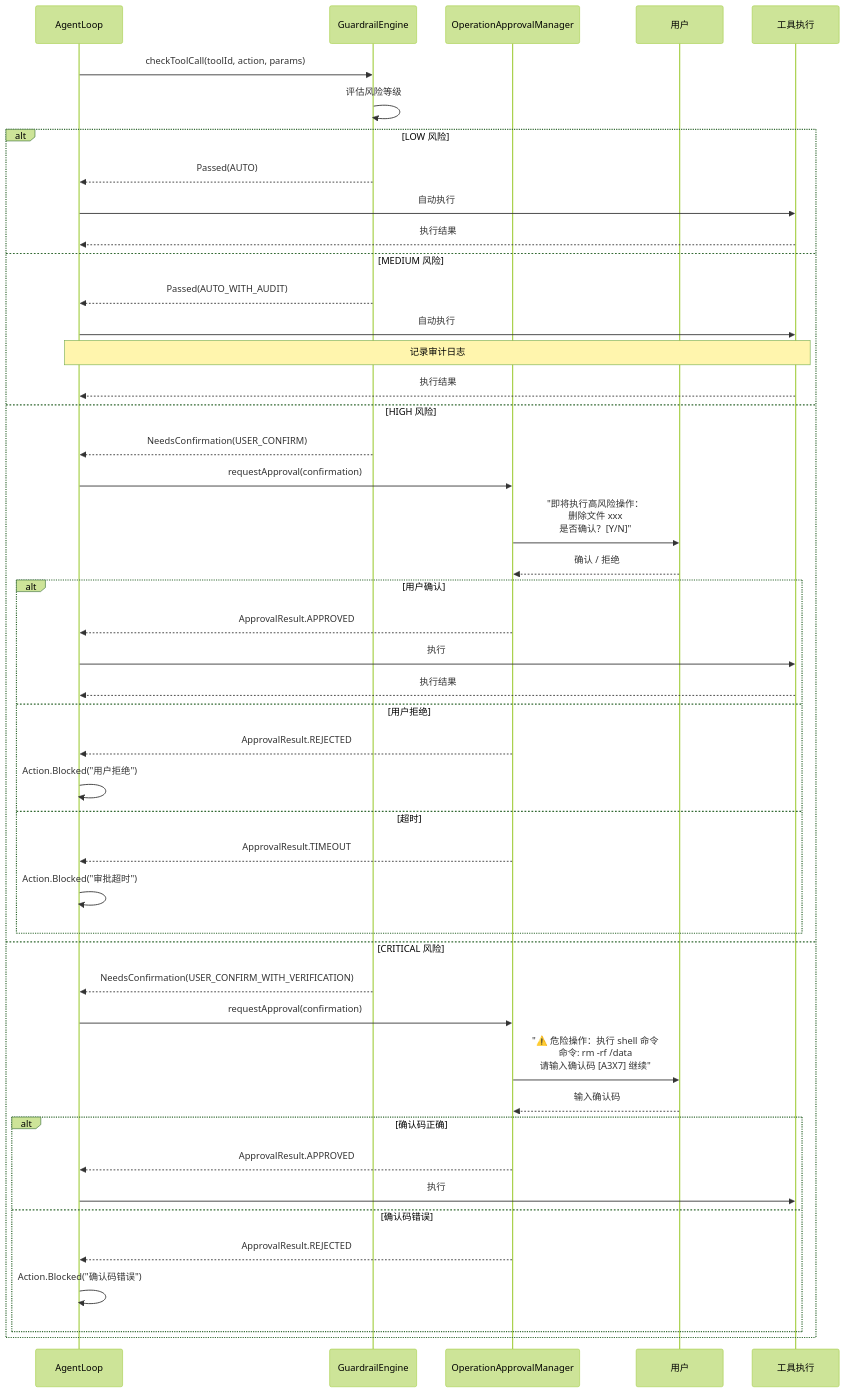
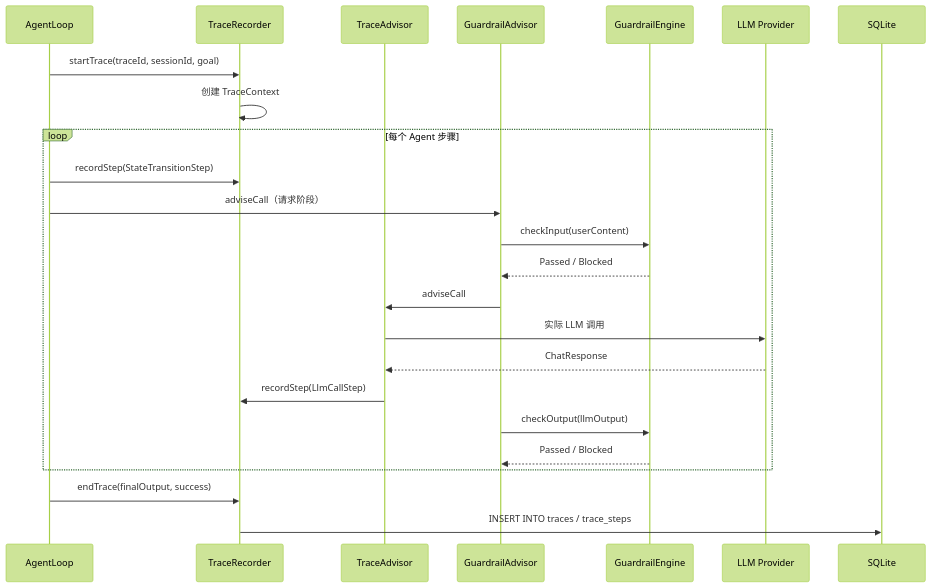
Before and after one commit to ntygod/LifePilot: the second of 3 diagrams in docs/architecture/observability.md, drawn with Mermaid (forest theme). The commit also changed other lines of this file and 1 other file, not shown here.

````diff
--- a/docs/architecture/observability.md
+++ b/docs/architecture/observability.md
@@ -5091,50 +149,27 @@
 ```mermaid
 sequenceDiagram
-    participant Agent as AgentLoop
-    participant Engine as GuardrailEngine
-    participant Approval as OperationApprovalManager
-    participant User as 用户
-    participant Tool as 工具执行
+    participant AL as AgentLoop
+    participant TR as TraceRecorder
+    participant TA as TraceAdvisor
+    participant GA as GuardrailAdvisor
+    participant GE as GuardrailEngine
+    participant LLM as LLM Provider
+    participant DB as SQLite
 
-    Agent->>Engine: checkToolCall(toolId, action, params)
-    Engine->>Engine: 评估风险等级
-
-    alt LOW 风险
-        Engine-->>Agent: Passed(AUTO)
-        Agent->>Tool: 自动执行
-        Tool-->>Agent: 执行结果
-    else MEDIUM 风险
-        Engine-->>Agent: Passed(AUTO_WITH_AUDIT)
-        Agent->>Tool: 自动执行
-        Note over Agent,Tool: 记录审计日志
-        Tool-->>Agent: 执行结果
-    else HIGH 风险
-        Engine-->>Agent: NeedsConfirmation(USER_CONFIRM)
-        Agent->>Approval: requestApproval(confirmation)
-        Approval->>User: "即将执行高风险操作：<br/>删除文件 xxx<br/>是否确认？[Y/N]"
-        User-->>Approval: 确认 / 拒绝
-        alt 用户确认
-            Approval-->>Agent: ApprovalResult.APPROVED
-            Agent->>Tool: 执行
-            Tool-->>Agent: 执行结果
-        else 用户拒绝
-            Approval-->>Agent: ApprovalResult.REJECTED
-            Agent->>Agent: Action.Blocked("用户拒绝")
-        else 超时
-            Approval-->>Agent: ApprovalResult.TIMEOUT
-            Agent->>Agent: Action.Blocked("审批超时")
-        end
-    else CRITICAL 风险
-        Engine-->>Agent: NeedsConfirmation(USER_CONFIRM_WITH_VERIFICATION)
-        Agent->>Approval: requestApproval(confirmation)
-        Approval->>User: "⚠️ 危险操作：执行 shell 命令<br/>命令: rm -rf /data<br/>请输入确认码 [A3X7] 继续"
-        User-->>Approval: 输入确认码
-        alt 确认码正确
-            Approval-->>Agent: ApprovalResult.APPROVED
-            Agent->>Tool: 执行
-        else 确认码错误
-            Approval-->>Agent: ApprovalResult.REJECTED
-            Agent->>Agent: Action.Blocked("确认码错误")
-        end
+    AL->>TR: startTrace(traceId, sessionId, goal)
+    TR->>TR: 创建 TraceContext
+    loop 每个 Agent 步骤
+        AL->>TR: recordStep(StateTransitionStep)
+        AL->>GA: adviseCall（请求阶段）
+        GA->>GE: checkInput(userContent)
+        GE-->>GA: Passed / Blocked
+        GA->>TA: adviseCall
+        TA->>LLM: 实际 LLM 调用
+        LLM-->>TA: ChatResponse
+        TA->>TR: recordStep(LlmCallStep)
+        GA->>GE: checkOutput(llmOutput)
+        GE-->>GA: Passed / Blocked
     end
+    AL->>TR: endTrace(finalOutput, success)
+    TR->>DB: INSERT INTO traces / trace_steps
 ```
````
